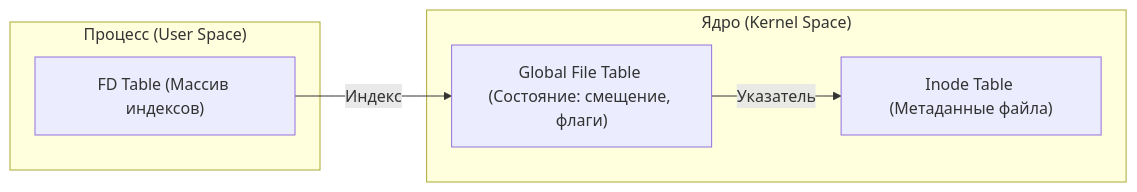
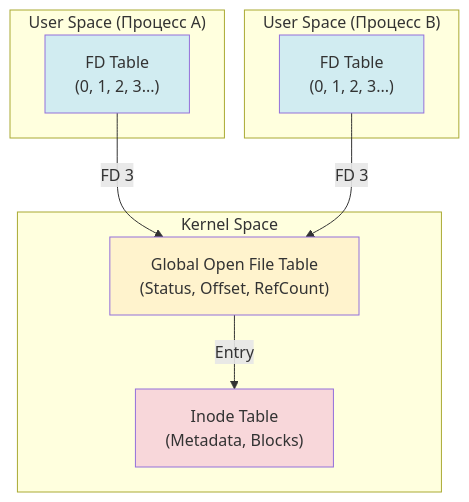
Before and after one commit to IBraveMonkey/data_structure-algorithms: the diagram in информатика(теория)/linux/1.File_System.md, drawn with Mermaid. The commit also changed other lines of this file, not shown here.

````diff
--- a/информатика(теория)/linux/1.File_System.md
+++ b/информатика(теория)/linux/1.File_System.md
@@ -45,14 +45,24 @@
 ```mermaid
-flowchart LR
-    subgraph "Процесс (User Space)"
-        A["FD Table (Массив индексов)"]
+flowchart TD
+    subgraph "User Space (Процесс A)"
+        A_FD["FD Table<br/>(0, 1, 2, 3...)"]
+    end
+
+    subgraph "User Space (Процесс B)"
+        B_FD["FD Table<br/>(0, 1, 2, 3...)"]
     end
     
-    subgraph "Ядро (Kernel Space)"
-        B["Global File Table (Состояние: смещение, флаги)"]
-        C["Inode Table (Метаданные файла)"]
+    subgraph "Kernel Space"
+        OFT["Global Open File Table<br/>(Status, Offset, RefCount)"]
+        IT["Inode Table<br/>(Metadata, Blocks)"]
     end
     
-    A -- "Индекс" --> B
-    B -- "Указатель" --> C
+    A_FD -- "FD 3" --> OFT
+    B_FD -- "FD 3" --> OFT
+    OFT -- "Entry" --> IT
+    
+    style A_FD fill:#d1ecf1
+    style B_FD fill:#d1ecf1
+    style OFT fill:#fff3cd
+    style IT fill:#f8d7da
 ```
````
